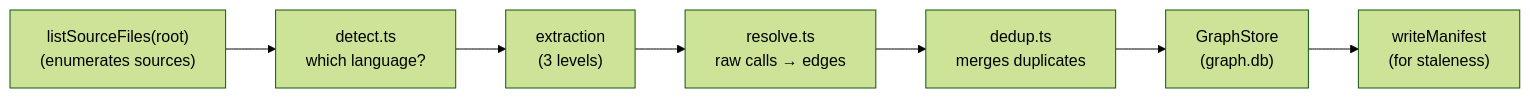
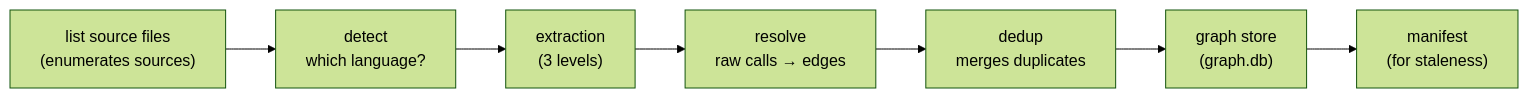
One commit to Kolimar/leina changed the first of 5 diagrams in docs/i18n/en/concepts/02-grafo.md. Above: the diagram before and after it, drawn with Mermaid (forest theme). The commit also changed other lines of this file and 22 other files, not shown here.

````diff
--- a/docs/i18n/en/concepts/02-grafo.md
+++ b/docs/i18n/en/concepts/02-grafo.md
@@ -26,9 +25,9 @@
 ```mermaid
 flowchart LR
-    src["listSourceFiles(root)<br/>(enumerates sources)"] --> detect["detect.ts<br/>which language?"]
+    src["list source files<br/>(enumerates sources)"] --> detect["detect<br/>which language?"]
     detect --> extract["extraction<br/>(3 levels)"]
-    extract --> resolve["resolve.ts<br/>raw calls → edges"]
-    resolve --> dedup["dedup.ts<br/>merges duplicates"]
-    dedup --> store["GraphStore<br/>(graph.db)"]
-    store --> manifest["writeManifest<br/>(for staleness)"]
+    extract --> resolve["resolve<br/>raw calls → edges"]
+    resolve --> dedup["dedup<br/>merges duplicates"]
+    dedup --> store["graph store<br/>(graph.db)"]
+    store --> manifest["manifest<br/>(for staleness)"]
 ```
````
